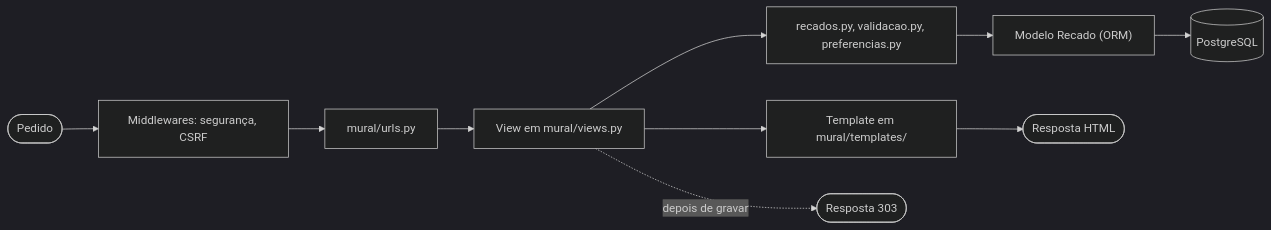
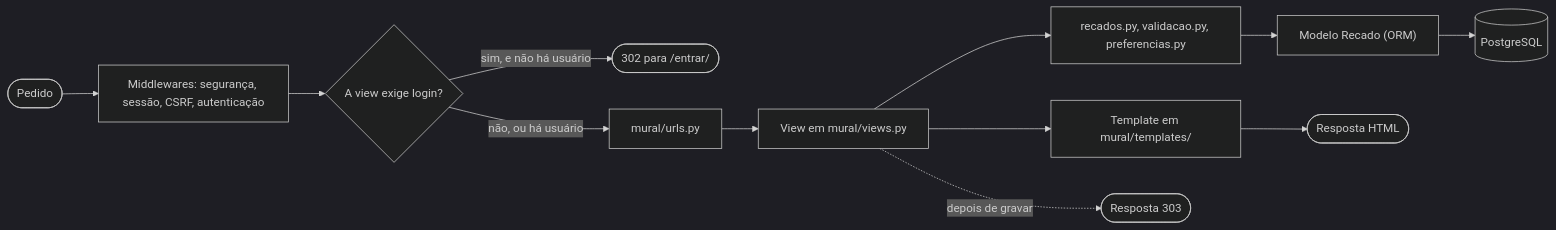
Before and after one commit to jacksongomesbr/uft-cc-dwm-mini-mural-django: the second of 11 diagrams in docs/funcionamento.md, drawn with Mermaid (dark theme). The commit also changed other lines of this file and 6 other files, not shown here.

````diff
--- a/docs/funcionamento.md
+++ b/docs/funcionamento.md
@@ -93,12 +115,15 @@
 ```mermaid
 flowchart LR
-    pedido(["Pedido"]) --> mw["Middlewares: segurança, CSRF"]
-    mw --> urls["mural/urls.py"]
+    pedido(["Pedido"]) --> mw["Middlewares: segurança, sessão, CSRF, autenticação"]
+    mw --> login{"A view exige login?"}
+    login -- "sim, e não há usuário" --> entrar(["302 para /entrar/"])
+    login -- "não, ou há usuário" --> urls
+    urls["mural/urls.py"]
     urls --> view["View em mural/views.py"]
     view --> funcoes["recados.py, validacao.py, preferencias.py"]
     funcoes --> orm["Modelo Recado (ORM)"]
     orm --> pg[("PostgreSQL")]
     view --> tpl["Template em mural/templates/"]
     tpl --> resposta(["Resposta HTML"])
     view -. "depois de gravar" .-> redir(["Resposta 303"])
 ```
````
